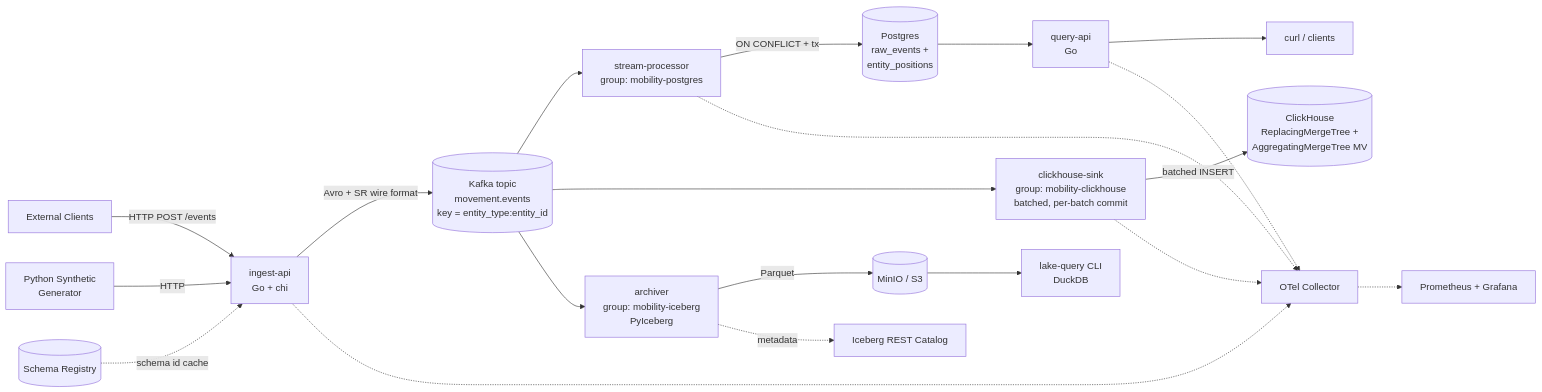
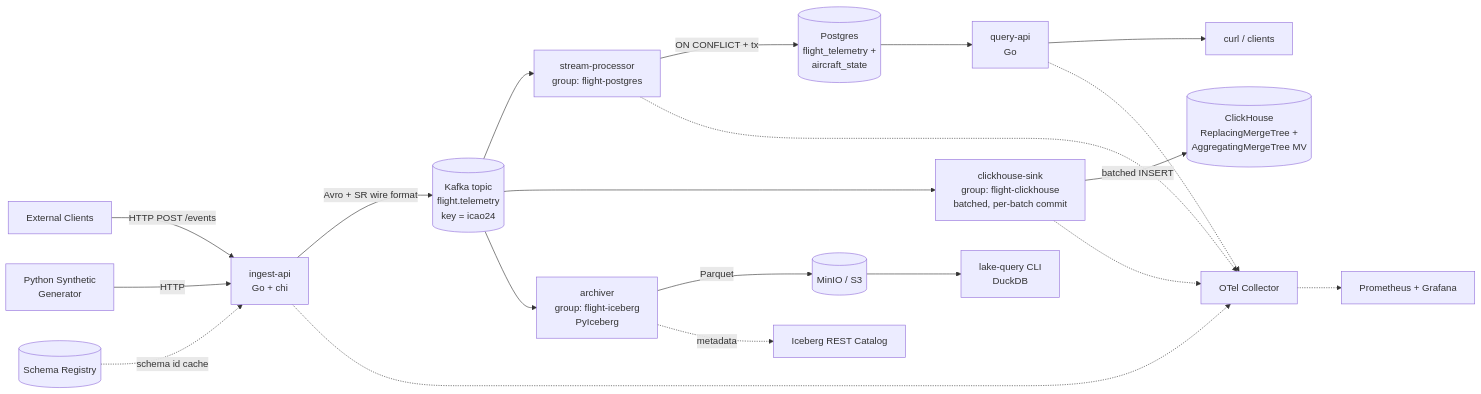
The first of 2 diagrams in README.md (nis94/dream-mobility), drawn with Mermaid before and after one commit. The commit also changed other lines of this file and 72 other files, not shown here.

````diff
--- a/README.md
+++ b/README.md
@@ -31,26 +31,26 @@
 ```mermaid
 flowchart LR
     EXT[External Clients] -->|HTTP POST /events| API[ingest-api<br/>Go + chi]
     GEN[Python Synthetic<br/>Generator] -->|HTTP| API
-    API -->|Avro + SR wire format| KAFKA[(Kafka topic<br/>movement.events<br/>key = entity_type:entity_id)]
+    API -->|Avro + SR wire format| KAFKA[(Kafka topic<br/>flight.telemetry<br/>key = icao24)]
     SR[(Schema Registry)] -.->|schema id cache| API
 
-    KAFKA --> PROC[stream-processor<br/>group: mobility-postgres]
-    KAFKA --> CHSINK[clickhouse-sink<br/>group: mobility-clickhouse<br/>batched, per-batch commit]
-    KAFKA --> ARCH[archiver<br/>group: mobility-iceberg<br/>PyIceberg]
+    KAFKA --> PROC[stream-processor<br/>group: flight-postgres]
+    KAFKA --> CHSINK[clickhouse-sink<br/>group: flight-clickhouse<br/>batched, per-batch commit]
+    KAFKA --> ARCH[archiver<br/>group: flight-iceberg<br/>PyIceberg]
 
-    PROC -->|ON CONFLICT + tx| PG[(Postgres<br/>raw_events +<br/>entity_positions)]
+    PROC -->|ON CONFLICT + tx| PG[(Postgres<br/>flight_telemetry +<br/>aircraft_state)]
     CHSINK -->|batched INSERT| CH[(ClickHouse<br/>ReplacingMergeTree +<br/>AggregatingMergeTree MV)]
     ARCH -->|Parquet| MINIO[(MinIO / S3)]
     ARCH -.->|metadata| ICAT[Iceberg REST Catalog]
 
     PG --> QAPI[query-api<br/>Go]
     QAPI --> CLI[curl / clients]
     MINIO --> LAKE[lake-query CLI<br/>DuckDB]
 
     API -.-> OTEL[OTel Collector]
     PROC -.-> OTEL
     CHSINK -.-> OTEL
     QAPI -.-> OTEL
     OTEL -.-> PROM[Prometheus + Grafana]
 ```
````
